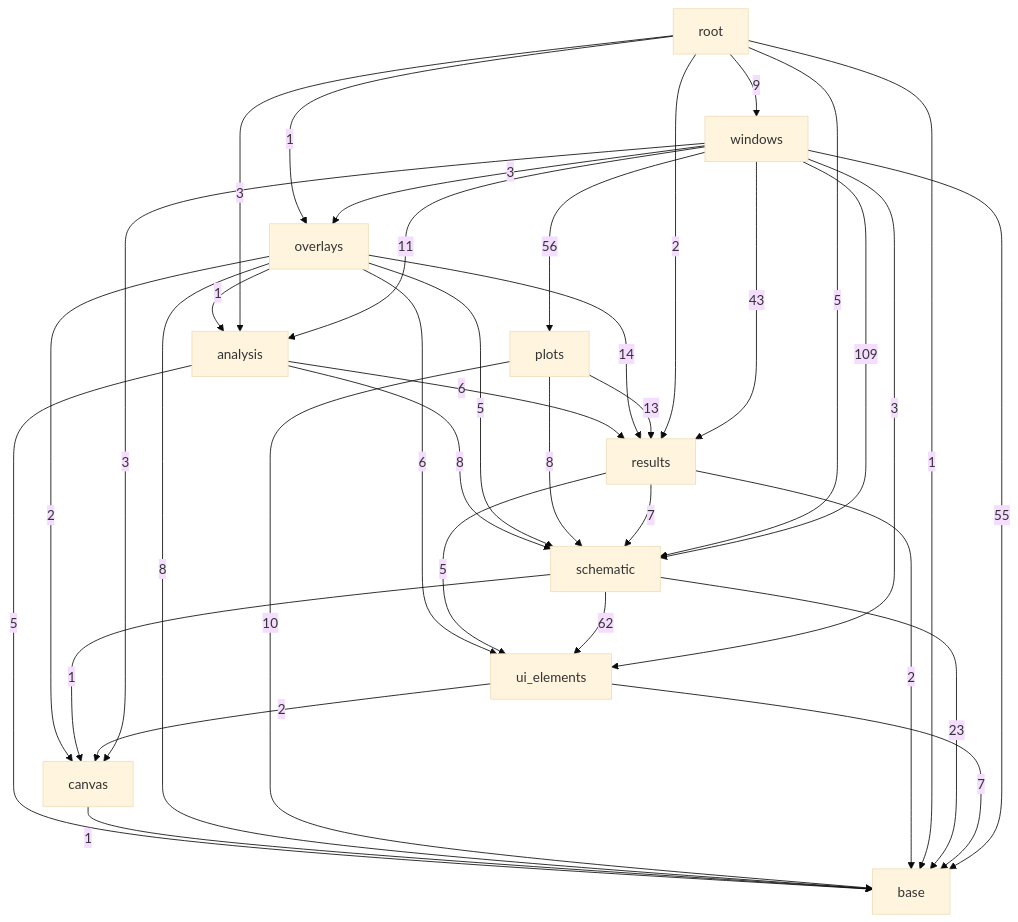
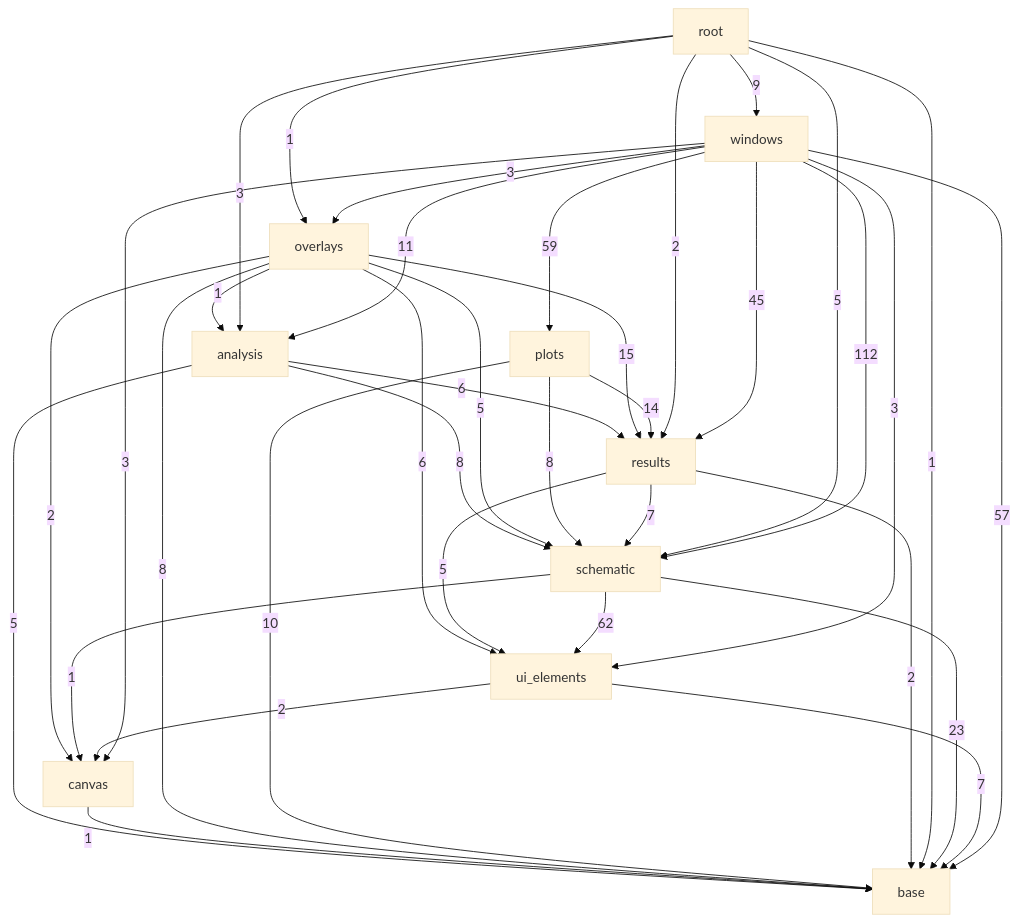
Before and after one commit to ronnymilleo/imcsim: the third of 3 diagrams in docs/architecture.md, drawn with Mermaid (base theme). The commit also changed other lines of this file, not shown here.

Commit message:
Update architecture include diagram

````diff
--- a/docs/architecture.md
+++ b/docs/architecture.md
@@ -56,48 +56,48 @@
 ```mermaid
 flowchart TD
     app_gui_base[base]
     app_gui_canvas[canvas]
     app_gui_ui_elements[ui_elements]
     app_gui_schematic[schematic]
     app_gui_results[results]
     app_gui_analysis[analysis]
     app_gui_plots[plots]
     app_gui_overlays[overlays]
     app_gui_windows[windows]
     app_gui_root[root]
     app_gui_analysis -->|5| app_gui_base
     app_gui_analysis -->|6| app_gui_results
     app_gui_analysis -->|8| app_gui_schematic
     app_gui_canvas -->|1| app_gui_base
     app_gui_overlays -->|1| app_gui_analysis
     app_gui_overlays -->|8| app_gui_base
     app_gui_overlays -->|2| app_gui_canvas
-    app_gui_overlays -->|14| app_gui_results
+    app_gui_overlays -->|15| app_gui_results
     app_gui_overlays -->|5| app_gui_schematic
     app_gui_overlays -->|6| app_gui_ui_elements
     app_gui_plots -->|10| app_gui_base
-    app_gui_plots -->|13| app_gui_results
+    app_gui_plots -->|14| app_gui_results
     app_gui_plots -->|8| app_gui_schematic
     app_gui_results -->|2| app_gui_base
     app_gui_results -->|7| app_gui_schematic
     app_gui_results -->|5| app_gui_ui_elements
     app_gui_root -->|3| app_gui_analysis
     app_gui_root -->|1| app_gui_base
     app_gui_root -->|1| app_gui_overlays
     app_gui_root -->|2| app_gui_results
     app_gui_root -->|5| app_gui_schematic
     app_gui_root -->|9| app_gui_windows
     app_gui_schematic -->|23| app_gui_base
     app_gui_schematic -->|1| app_gui_canvas
     app_gui_schematic -->|62| app_gui_ui_elements
     app_gui_ui_elements -->|7| app_gui_base
     app_gui_ui_elements -->|2| app_gui_canvas
     app_gui_windows -->|11| app_gui_analysis
-    app_gui_windows -->|55| app_gui_base
+    app_gui_windows -->|57| app_gui_base
     app_gui_windows -->|3| app_gui_canvas
     app_gui_windows -->|3| app_gui_overlays
-    app_gui_windows -->|56| app_gui_plots
-    app_gui_windows -->|43| app_gui_results
-    app_gui_windows -->|109| app_gui_schematic
+    app_gui_windows -->|59| app_gui_plots
+    app_gui_windows -->|45| app_gui_results
+    app_gui_windows -->|112| app_gui_schematic
     app_gui_windows -->|3| app_gui_ui_elements
 ```
````
